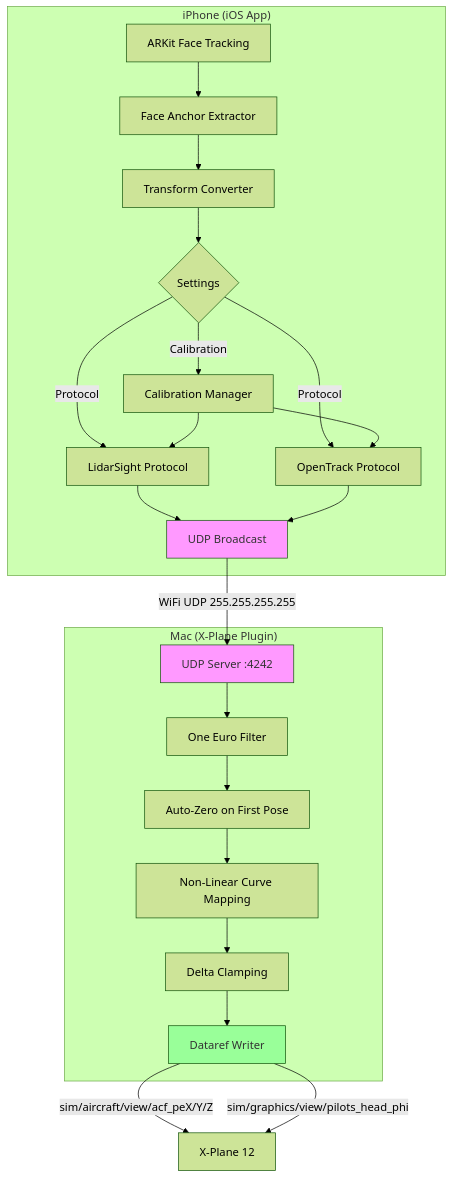
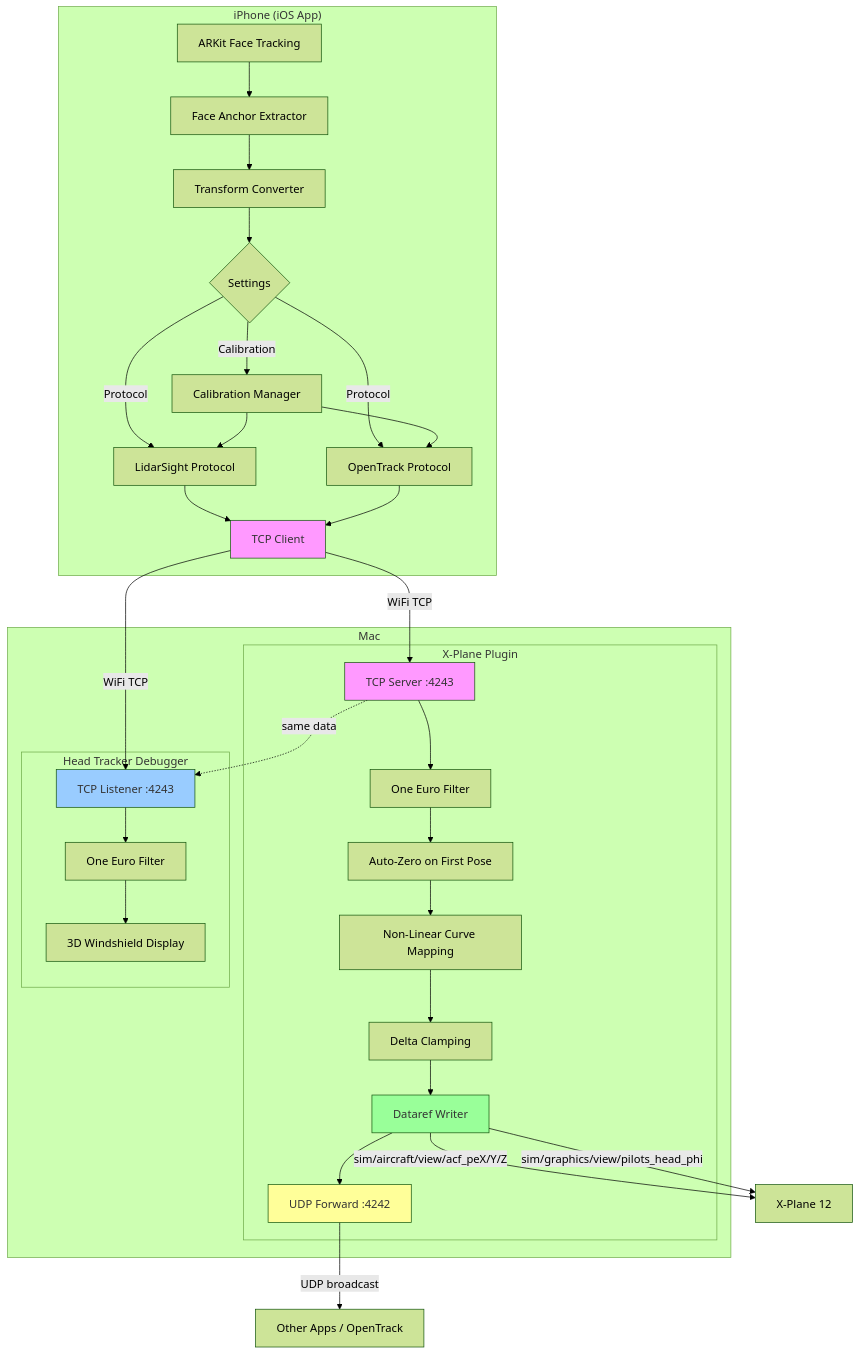
The diagram in README.md (ModernAmusements/Open-source-6DoF-Head-Tracking-for-X-Plane-12), drawn with Mermaid (forest theme) before and after one commit. The commit also changed other lines of this file and 20 other files, not shown here.

First line of the commit message:
Switch from UDP to TCP for iOS→Mac communication

````diff
--- a/README.md
+++ b/README.md
@@ -142,31 +145,44 @@
 ```mermaid
 flowchart TB
     subgraph iOS["iPhone (iOS App)"]
         A[ARKit Face Tracking] --> B[Face Anchor Extractor]
         B --> C[Transform Converter]
         C --> D{Settings}
         D -->|Calibration| E[Calibration Manager]
         D -->|Protocol| F[LidarSight Protocol]
         D -->|Protocol| G[OpenTrack Protocol]
         E --> F
         E --> G
-        F --> H[UDP Broadcast]
+        F --> H[TCP Client]
         G --> H
     end
 
-    subgraph Mac["Mac (X-Plane Plugin)"]
-        I[UDP Server :4242] --> J[One Euro Filter]
-        J --> K[Auto-Zero on First Pose]
-        K --> L[Non-Linear Curve Mapping]
-        L --> M[Delta Clamping]
-        M --> N[Dataref Writer]
+    subgraph Mac["Mac"]
+        subgraph Plugin["X-Plane Plugin"]
+            I[TCP Server :4243] --> J[One Euro Filter]
+            J --> K[Auto-Zero on First Pose]
+            K --> L[Non-Linear Curve Mapping]
+            L --> M[Delta Clamping]
+            M --> N[Dataref Writer]
+            N --> O[UDP Forward :4242]
+        end
+        
+        subgraph Debugger["Head Tracker Debugger"]
+            P[TCP Listener :4243] --> Q[One Euro Filter]
+            Q --> R[3D Windshield Display]
+        end
     end
 
-    H -->|WiFi UDP 255.255.255.255| I
-    N -->|sim/aircraft/view/acf_peX/Y/Z| O[X-Plane 12]
-    N -->|sim/graphics/view/pilots_head_phi| O
+    H -->|WiFi TCP| I
+    H -->|WiFi TCP| P
+    I -.->|same data| P
+    N -->|sim/aircraft/view/acf_peX/Y/Z| S[X-Plane 12]
+    N -->|sim/graphics/view/pilots_head_phi| S
+    O -->|UDP broadcast| T[Other Apps / OpenTrack]
 
     style H fill:#f9f,color:#333
     style I fill:#f9f,color:#333
+    style P fill:#9cf,color:#333
     style N fill:#9f9,color:#333
+    style O fill:#ff9,color:#333
 ```
````
